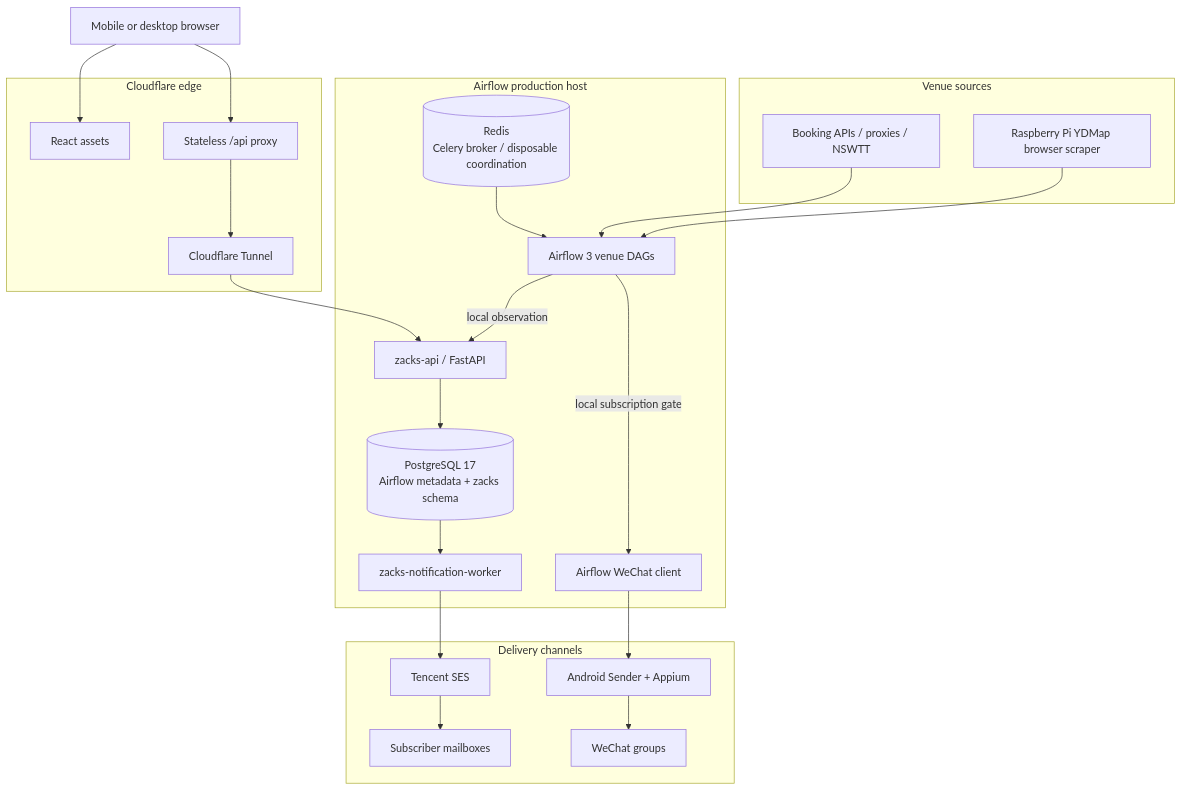
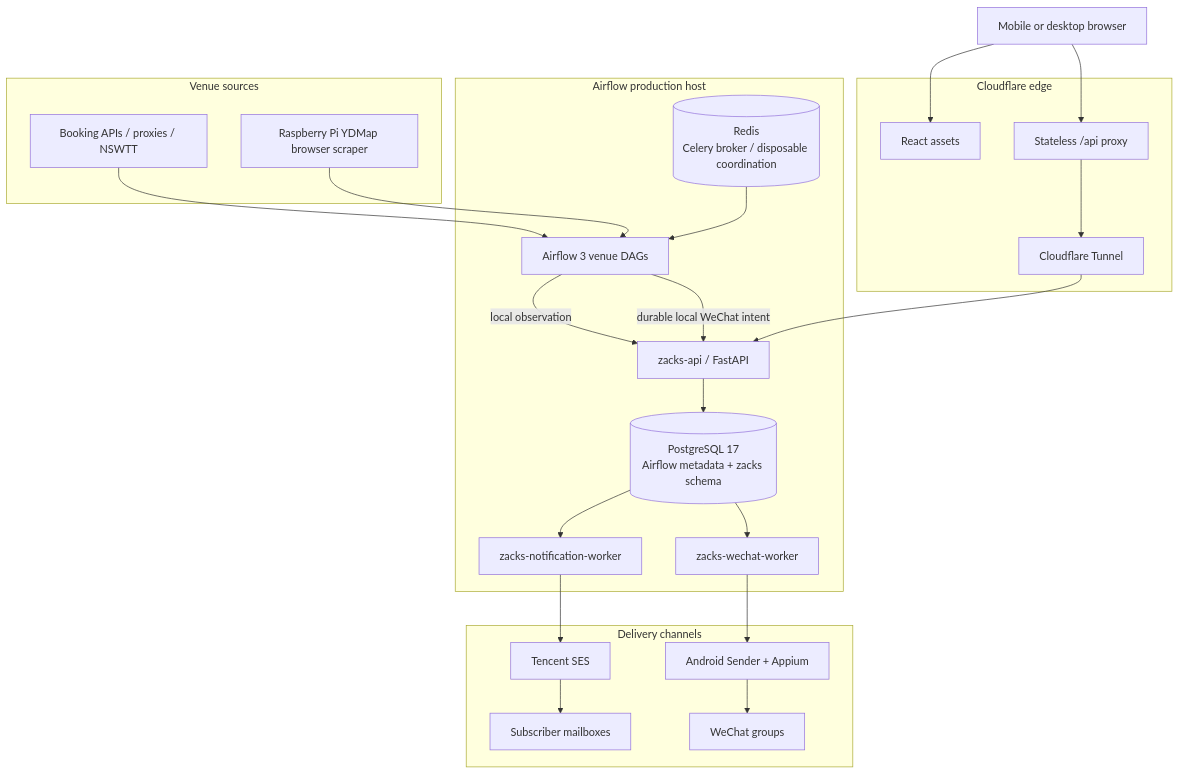
The diagram in README.en.md (claude89757/wechat-on-airflow), drawn with Mermaid before and after one commit. The commit also changed other lines of this file and 10 other files, not shown here.

````diff
--- a/README.en.md
+++ b/README.en.md
@@ -33,41 +26,42 @@
 ```mermaid
 flowchart TB
     subgraph Sources["Venue sources"]
         VenueAPI["Booking APIs / proxies / NSWTT"]
         Pi["Raspberry Pi YDMap browser scraper"]
     end
 
     subgraph Host["Airflow production host"]
         Airflow["Airflow 3 venue DAGs"]
         API["zacks-api / FastAPI"]
         Worker["zacks-notification-worker"]
         PG[("PostgreSQL 17\nAirflow metadata + zacks schema")]
         Redis[("Redis\nCelery broker / disposable coordination")]
-        WeChatClient["Airflow WeChat client"]
+        WeChatClient["zacks-wechat-worker"]
     end
 
     subgraph Edge["Cloudflare edge"]
         Static["React assets"]
         Proxy["Stateless /api proxy"]
         Tunnel["Cloudflare Tunnel"]
     end
 
     subgraph Delivery["Delivery channels"]
         SES["Tencent SES"]
         Android["Android Sender + Appium"]
         Mail["Subscriber mailboxes"]
         Group["WeChat groups"]
     end
 
     VenueAPI --> Airflow
     Pi --> Airflow
     Redis --> Airflow
     Airflow -->|"local observation"| API
     API --> PG
     PG --> Worker
     Worker --> SES --> Mail
-    Airflow -->|"local subscription gate"| WeChatClient --> Android --> Group
+    Airflow -->|"durable local WeChat intent"| API
+    PG --> WeChatClient --> Android --> Group
 
     Browser["Mobile or desktop browser"] --> Static
     Browser --> Proxy --> Tunnel --> API
 ```
````
